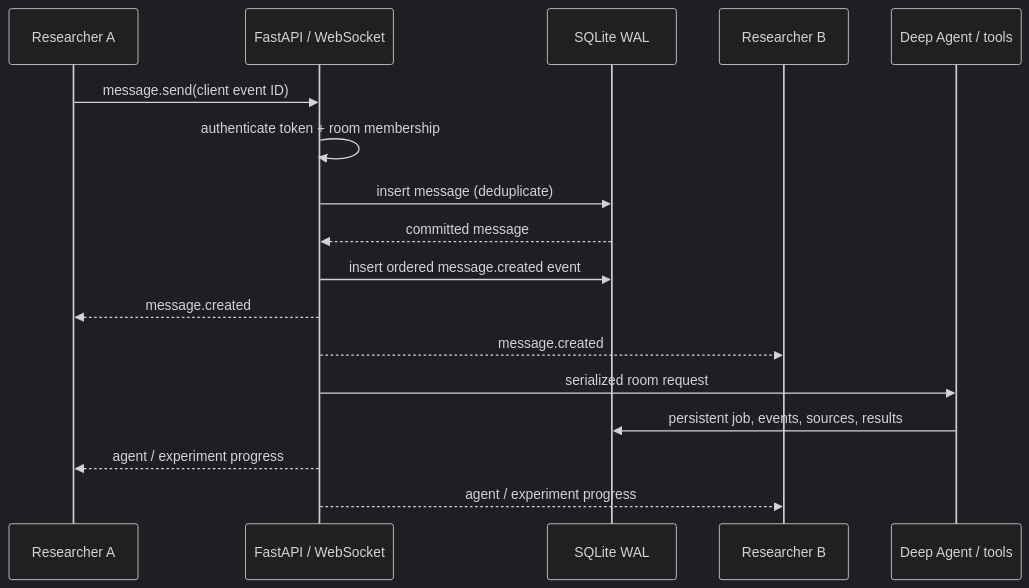
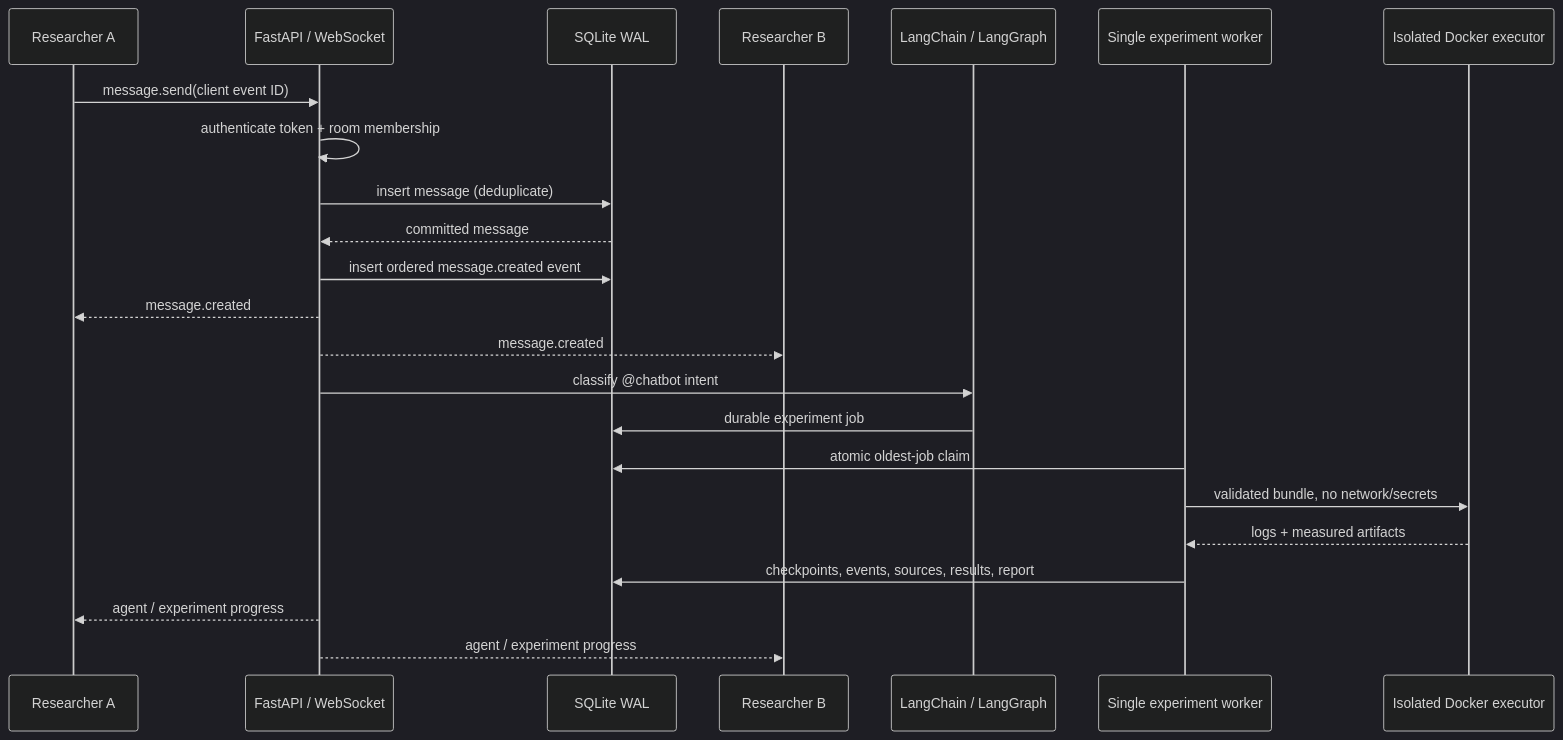
One commit to Rutva07/princeton-hacks changed the first of 2 diagrams in docs/ARCHITECTURE.md. Above: the diagram before and after it, drawn with Mermaid (dark theme). The commit also changed other lines of this file and 24 other files, not shown here.

````diff
--- a/docs/ARCHITECTURE.md
+++ b/docs/ARCHITECTURE.md
@@ -11,20 +11,26 @@
 ```mermaid
 sequenceDiagram
   participant A as Researcher A
   participant API as FastAPI / WebSocket
   participant DB as SQLite WAL
   participant B as Researcher B
-  participant AI as Deep Agent / tools
+  participant AI as LangChain / LangGraph
+  participant W as Single experiment worker
+  participant D as Isolated Docker executor
 
   A->>API: message.send(client event ID)
   API->>API: authenticate token + room membership
   API->>DB: insert message (deduplicate)
   DB-->>API: committed message
   API->>DB: insert ordered message.created event
   API-->>A: message.created
   API-->>B: message.created
-  API->>AI: serialized room request
-  AI->>DB: persistent job, events, sources, results
+  API->>AI: classify @chatbot intent
+  AI->>DB: durable experiment job
+  W->>DB: atomic oldest-job claim
+  W->>D: validated bundle, no network/secrets
+  D-->>W: logs + measured artifacts
+  W->>DB: checkpoints, events, sources, results, report
   API-->>A: agent / experiment progress
   API-->>B: agent / experiment progress
 ```
````
